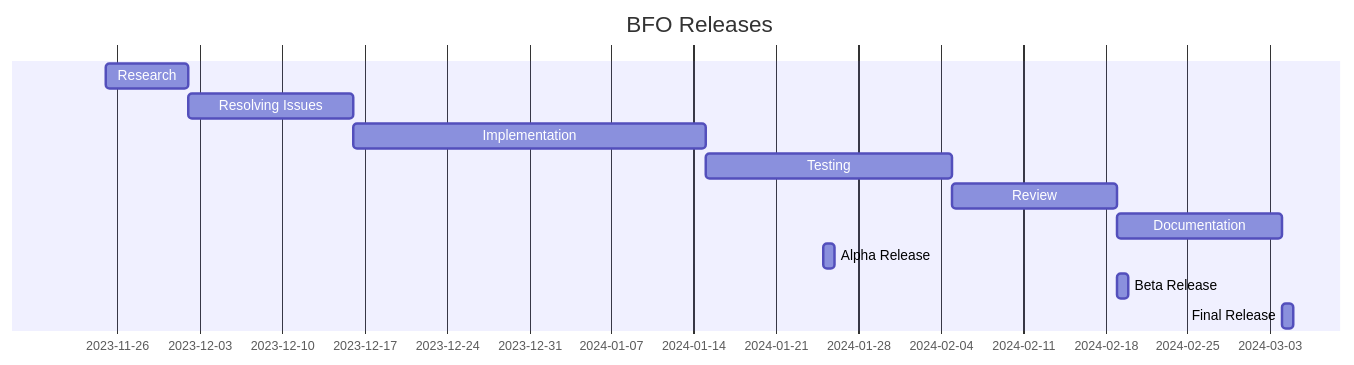
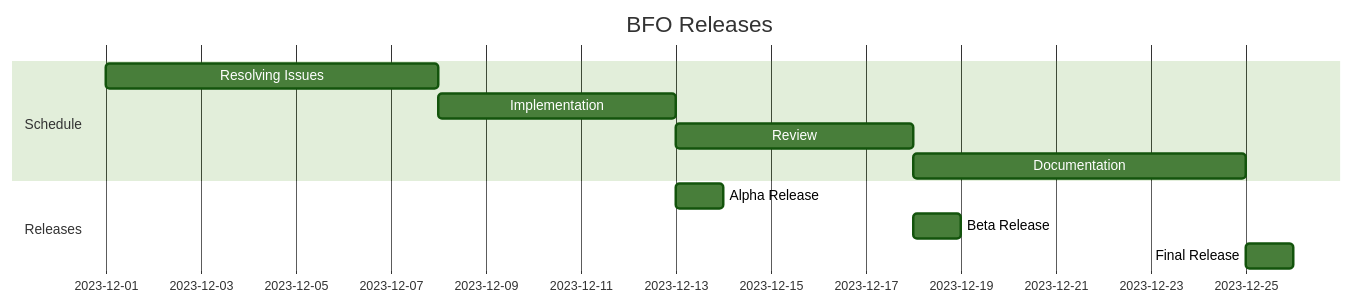
Before and after one commit to BFO-ontology/BFO-2020: the first of 2 diagrams in README.md, drawn with Mermaid.

````diff
--- a/README.md
+++ b/README.md
@@ -7,21 +8,18 @@
 ```mermaid
+%%{init: {'theme':'forest'}}%%
 gantt
     title BFO Releases
     dateFormat  YYYY-MM-DD
-    todayMarker 2023-11-25
+    todayMarker 2023-12-01
 
-    section  
+    section Schedule
+    Resolving Issues   :a1, 2023-12-01, 7d
+    Implementation     :a2, after a1, 5d
+    Review             :a3, after a2, 5d
+    Documentation      :a4, after a3, 7d
 
-    Research           :a1, 2023-11-25, 7d
-    Resolving Issues   :a2, after a1, 14d
-    Implementation     :a3, after a2, 30d
-    Testing            :a4, after a3, 21d
-    Review             :a5, after a4, 14d
-    Documentation      :a6, after a5, 14d
-
-    section  
-
-    Alpha Release      :a7, 2024-01-25, 1d
-    Beta Release       :a8, after a5, 1d
-    Final Release      :a9, after a6, 1d
+    section Releases
+    Alpha Release      :a5, after a2, 1d
+    Beta Release       :a6, after a3, 1d
+    Final Release      :a7, after a4, 1d
 ```
````
